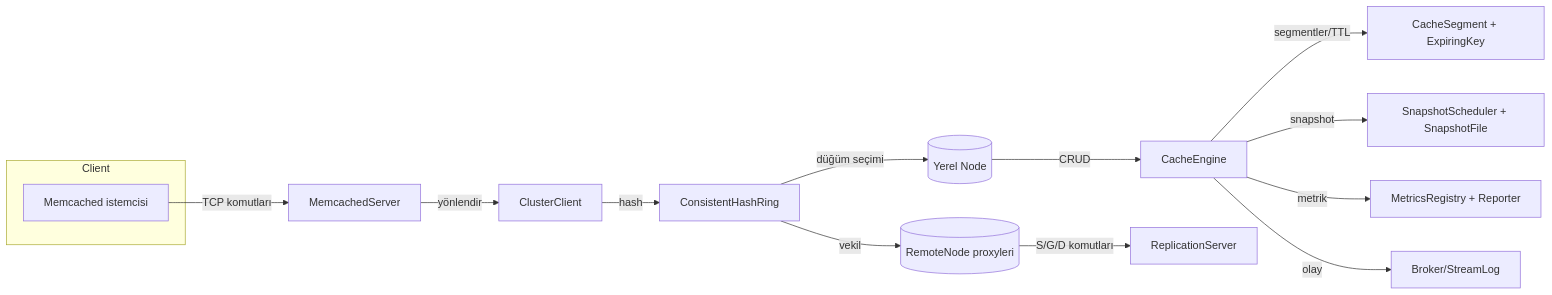
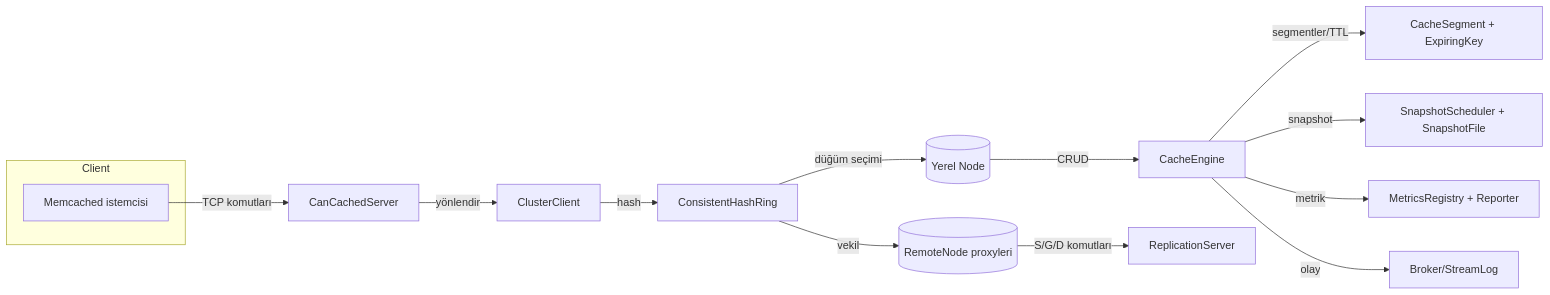
Before and after one commit to TunahanCan/can-cache: the first of 3 diagrams in README.md, drawn with Mermaid. The commit also changed other lines of this file and 12 other files, not shown here.

Commit message:
Enhance memcached compatibility and rename server

````diff
--- a/README.md
+++ b/README.md
@@ -16,17 +16,17 @@
 ```mermaid
 flowchart LR
     subgraph Client
         C[Memcached istemcisi]
     end
-    C -- TCP komutları --> S[MemcachedServer]
+    C -- TCP komutları --> S[CanCachedServer]
     S -- yönlendir --> CC[ClusterClient]
     CC -- hash --> R[ConsistentHashRing]
     R -- düğüm seçimi --> LN[(Yerel Node)]
     R -- vekil --> RN[(RemoteNode proxyleri)]
     LN -- CRUD --> CE[CacheEngine]
     RN -- S/G/D komutları --> RS[ReplicationServer]
     CE -- segmentler/TTL --> Seg[CacheSegment + ExpiringKey]
     CE -- snapshot --> Snap[SnapshotScheduler + SnapshotFile]
     CE -- metrik --> Met[MetricsRegistry + Reporter]
     CE -- olay --> Pub[Broker/StreamLog]
 ```
````
